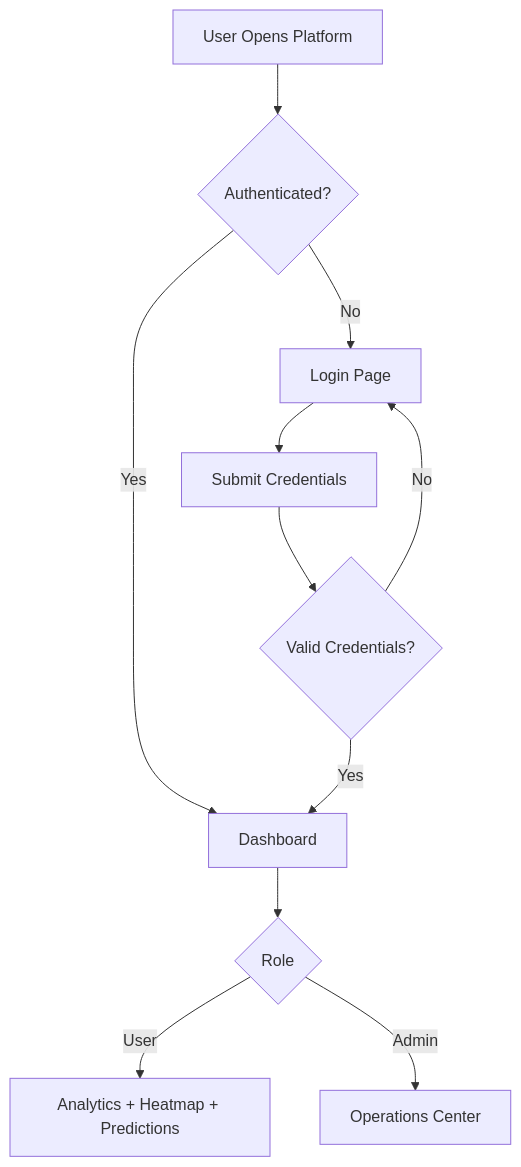
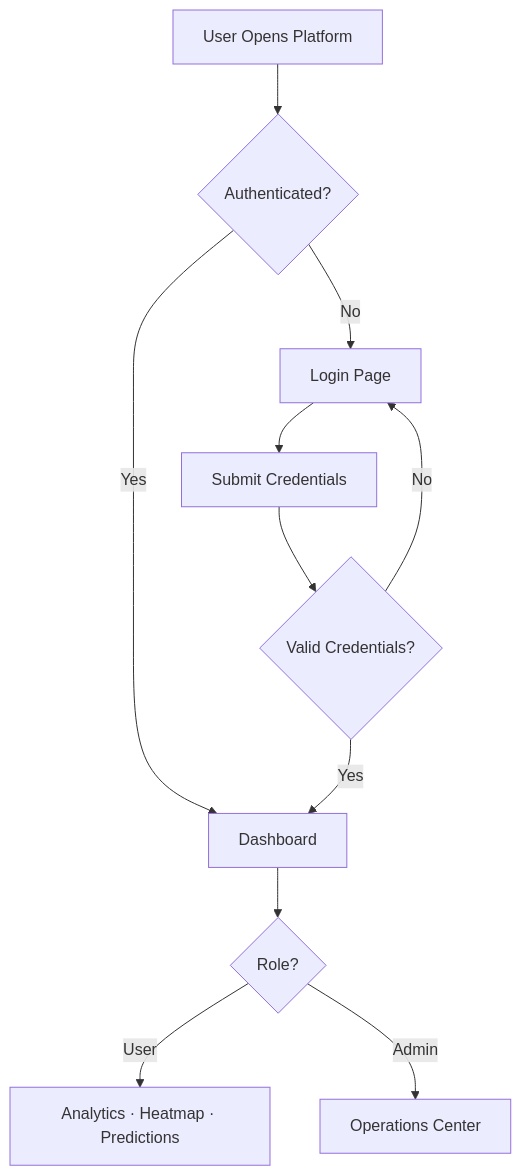
One commit to SHATHISH-07/port-system changed the third of 8 diagrams in README.md. Above: the diagram before and after it, drawn with Mermaid. The commit also changed other lines of this file, not shown here.

````diff
--- a/README.md
+++ b/README.md
@@ -189,18 +176,16 @@
 ```mermaid
 graph TD
     A[User Opens Platform] --> B{Authenticated?}
 
     B -- No --> C[Login Page]
     B -- Yes --> D[Dashboard]
 
     C --> E[Submit Credentials]
     E --> F{Valid Credentials?}
-
     F -- No --> C
     F -- Yes --> D
 
-    D --> G{Role}
-
-    G -- User --> H[Analytics + Heatmap + Predictions]
+    D --> G{Role?}
+    G -- User --> H[Analytics · Heatmap · Predictions]
     G -- Admin --> I[Operations Center]
 ```
````
